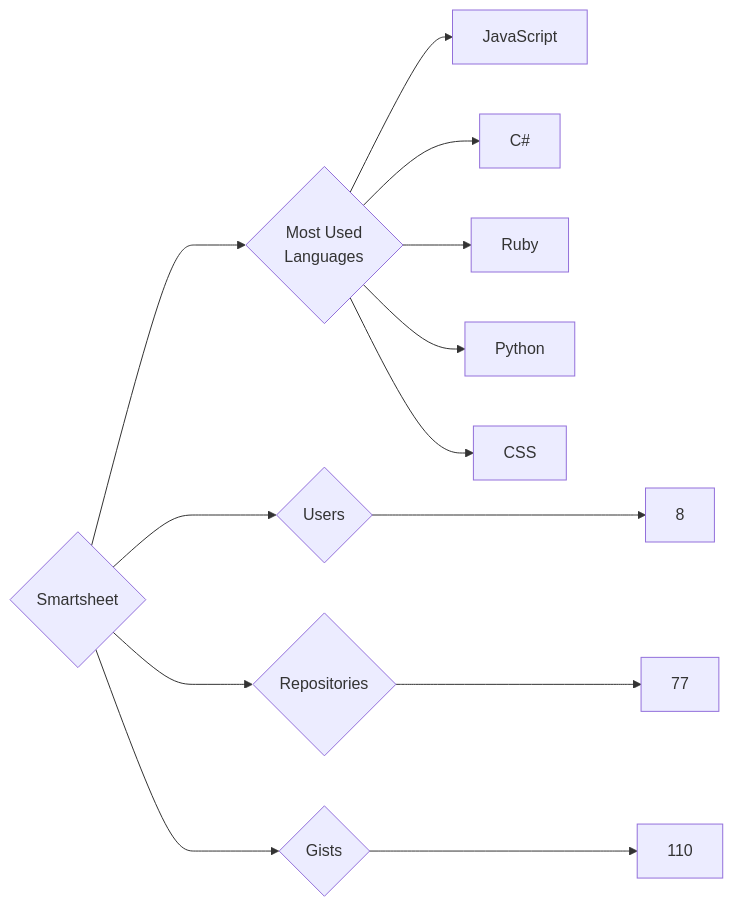
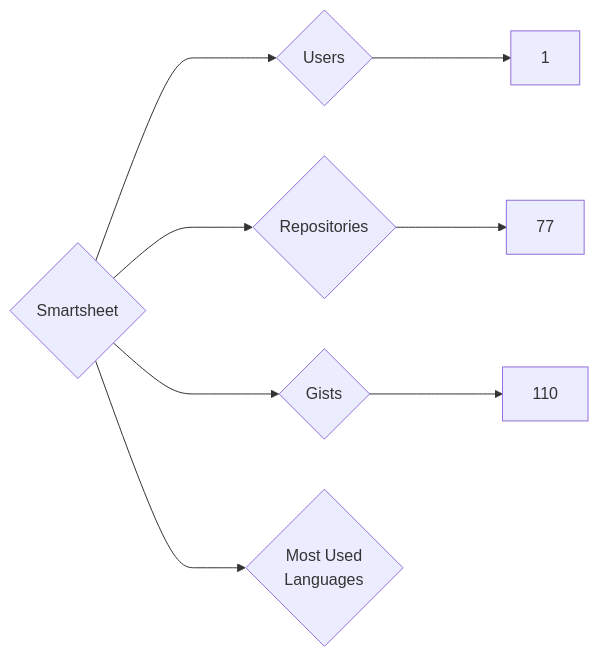
Before and after one commit to trickest/insiders: the diagram in targets/Smartsheet/README.md, drawn with Mermaid. The commit also changed 1248 other files, not shown here.

````diff
--- a/targets/Smartsheet/README.md
+++ b/targets/Smartsheet/README.md
@@ -3,13 +3,8 @@
 ```mermaid
 graph LR
 COMPANY_NAME{Smartsheet}
-COMPANY_NAME ---> U{Users} ---> UN[8]
+COMPANY_NAME ---> U{Users} ---> UN[1]
 COMPANY_NAME ---> R{Repositories} ---> RN[77]
 COMPANY_NAME ---> G{Gists} ---> GN[110]
 COMPANY_NAME ---> ML{Most Used<br>Languages}
-ML --> JavaScript[JavaScript]
-ML --> C#[C#]
-ML --> Ruby[Ruby]
-ML --> Python[Python]
-ML --> CSS[CSS]
 ```
````
